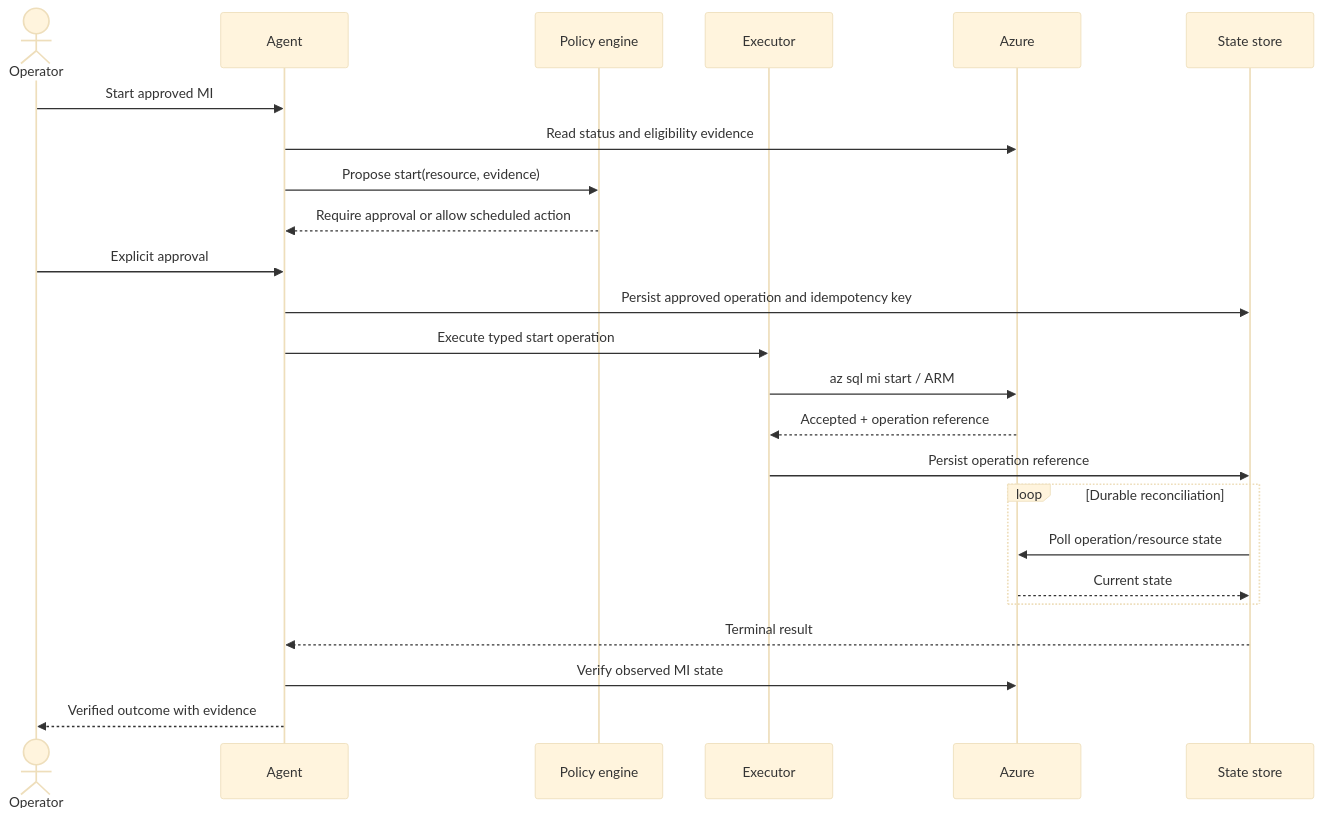
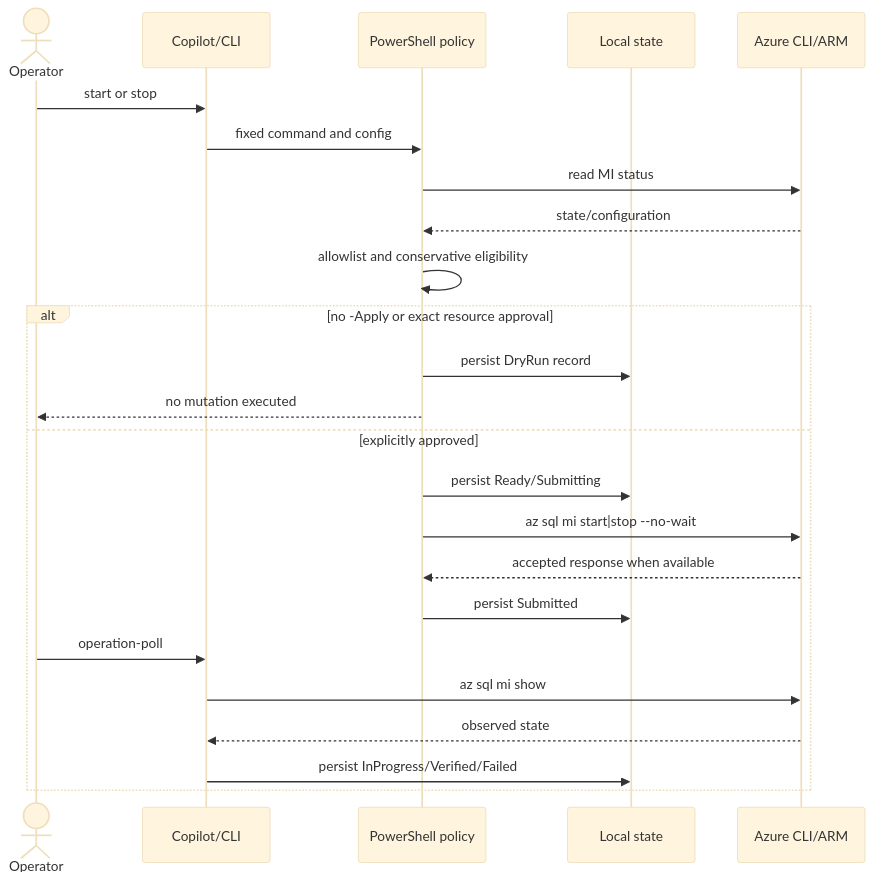
One commit to lduanmsft/azure-sqlops changed the second of 2 diagrams in docs/architecture.md. Above: the diagram before and after it, drawn with Mermaid (base theme). The commit also changed other lines of this file and 15 other files, not shown here.

````diff
--- a/docs/architecture.md
+++ b/docs/architecture.md
@@ -141,27 +42,27 @@
 ```mermaid
 sequenceDiagram
     actor O as Operator
-    participant A as Agent
-    participant P as Policy engine
-    participant E as Executor
-    participant Z as Azure
-    participant S as State store
+    participant C as Copilot/CLI
+    participant P as PowerShell policy
+    participant S as Local state
+    participant A as Azure CLI/ARM
 
-    O->>A: Start approved MI
-    A->>Z: Read status and eligibility evidence
-    A->>P: Propose start(resource, evidence)
-    P-->>A: Require approval or allow scheduled action
-    O->>A: Explicit approval
-    A->>S: Persist approved operation and idempotency key
-    A->>E: Execute typed start operation
-    E->>Z: az sql mi start / ARM
-    Z-->>E: Accepted + operation reference
-    E->>S: Persist operation reference
-    loop Durable reconciliation
-        S->>Z: Poll operation/resource state
-        Z-->>S: Current state
+    O->>C: start or stop
+    C->>P: fixed command and config
+    P->>A: read MI status
+    A-->>P: state/configuration
+    P->>P: allowlist and conservative eligibility
+    alt no -Apply or exact resource approval
+        P->>S: persist DryRun record
+        P-->>O: no mutation executed
+    else explicitly approved
+        P->>S: persist Ready/Submitting
+        P->>A: az sql mi start|stop --no-wait
+        A-->>P: accepted response when available
+        P->>S: persist Submitted
+        O->>C: operation-poll
+        C->>A: az sql mi show
+        A-->>C: observed state
+        C->>S: persist InProgress/Verified/Failed
     end
-    S-->>A: Terminal result
-    A->>Z: Verify observed MI state
-    A-->>O: Verified outcome with evidence
 ```
````
